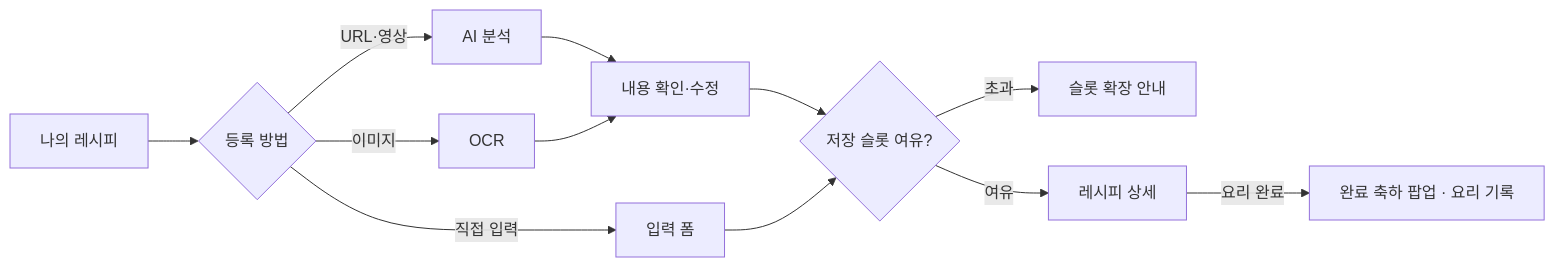
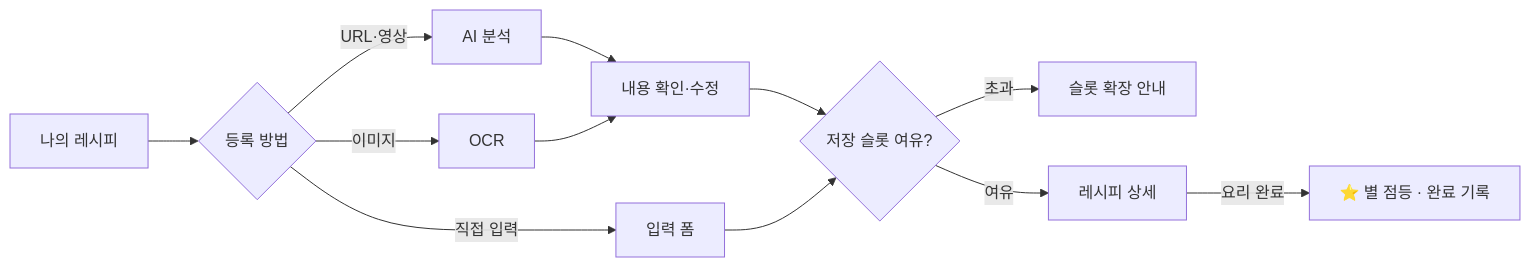
One commit to swyp-app-6-team-2/frontend changed the first of 2 diagrams in README.md. Above: the diagram before and after it, drawn with Mermaid. The commit also changed other lines of this file and 9 other files, not shown here.

````diff
--- a/README.md
+++ b/README.md
@@ -48,14 +81,14 @@
 ```mermaid
 flowchart LR
   A[나의 레시피] --> B{등록 방법}
   B -->|URL·영상| C[AI 분석]
   B -->|이미지| D[OCR]
   B -->|직접 입력| F[입력 폼]
   C --> E[내용 확인·수정]
   D --> E
   E --> G{저장 슬롯 여유?}
   F --> G
   G -->|초과| H[슬롯 확장 안내]
   G -->|여유| I[레시피 상세]
-  I -->|요리 완료| J[완료 축하 팝업 · 요리 기록]
+  I -->|요리 완료| J[⭐ 별 점등 · 완료 기록]
 ```
````
